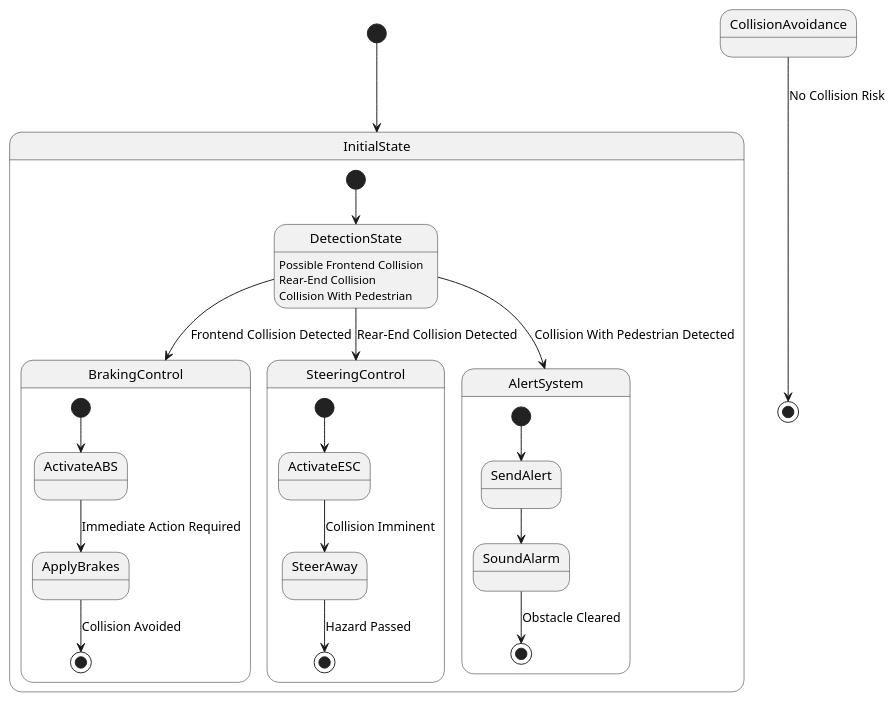
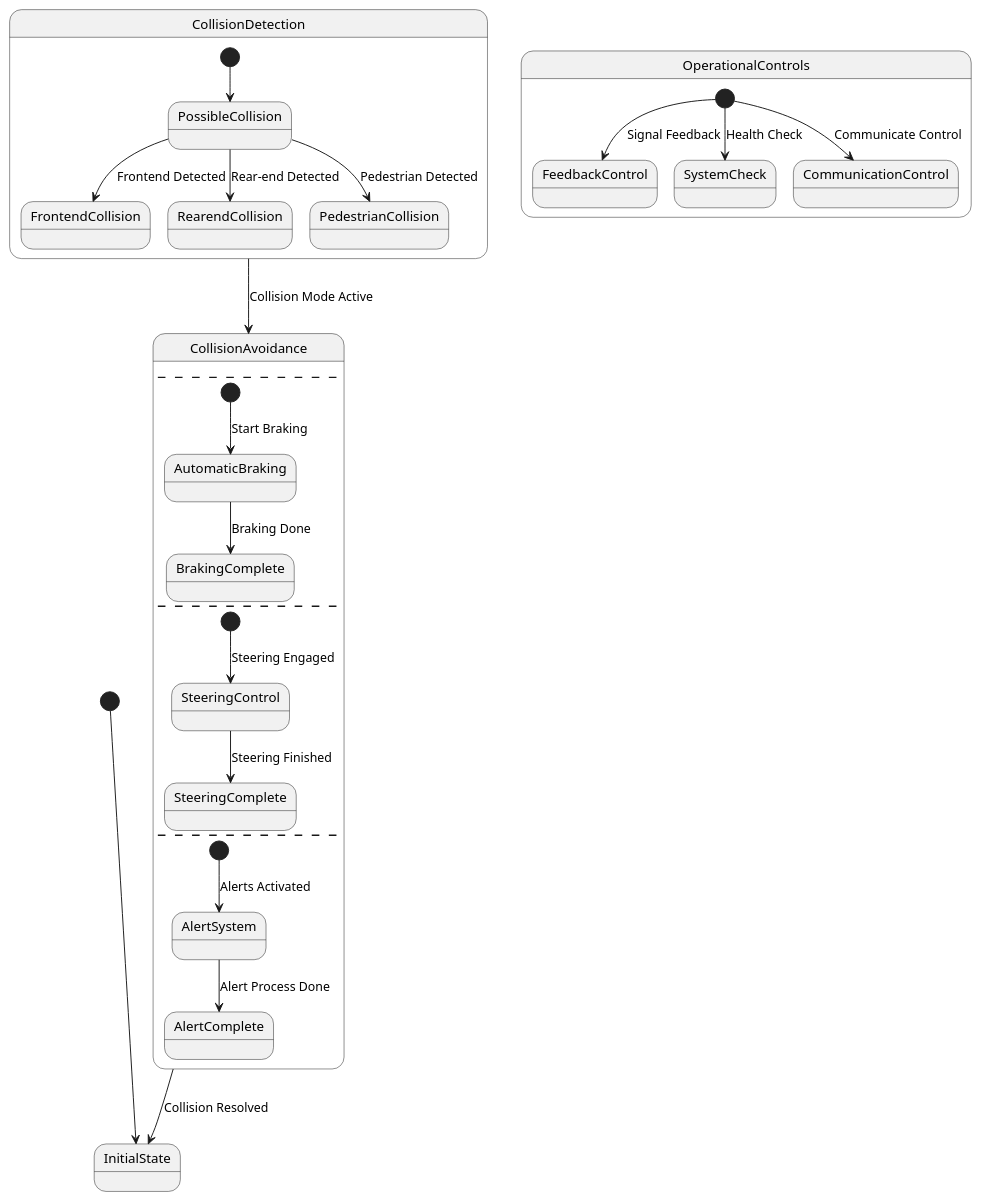
Before and after one commit to HansBug/research_ideas: the diagram in project_1_llm_state_machine_modeling/paper_stm_repair/pipeline/representation/reports/llms_emp_r45_java_60/pairs/0007/README.md, drawn with PlantUML. The commit also changed other lines of this file and 622 other files, not shown here.

First line of the commit message:
fix(paper1): 切换Phase-II最终池并重建PlantUML转换证据

````diff
--- a/project_1_llm_state_machine_modeling/paper_stm_repair/pipeline/representation/reports/llms_emp_r45_java_60/pairs/0007/README.md
+++ b/project_1_llm_state_machine_modeling/paper_stm_repair/pipeline/representation/reports/llms_emp_r45_java_60/pairs/0007/README.md
@@ -27,39 +81,35 @@
 ```plantuml
 @startuml
 [*] --> InitialState
 
-state InitialState {
-    [*] --> DetectionState
-    DetectionState : Possible Frontend Collision
-    DetectionState : Rear-End Collision
-    DetectionState : Collision With Pedestrian
-
-    DetectionState --> BrakingControl : Frontend Collision Detected
-    DetectionState --> SteeringControl : Rear-End Collision Detected
-    DetectionState --> AlertSystem : Collision With Pedestrian Detected
+state CollisionDetection {
+    [*] --> PossibleCollision
+    PossibleCollision --> FrontendCollision : Frontend Detected
+    PossibleCollision --> RearendCollision : Rear-end Detected
+    PossibleCollision --> PedestrianCollision : Pedestrian Detected
 }
 
 state CollisionAvoidance {
-    state BrakingControl {
-        [*] --> ActivateABS
-        ActivateABS --> ApplyBrakes : Immediate Action Required
-        ApplyBrakes --> [*] : Collision Avoided
-    }
+  --
+  [*] --> AutomaticBraking : Start Braking
+  AutomaticBraking --> BrakingComplete : Braking Done
 
-    state SteeringControl {
-        [*] --> ActivateESC
-        ActivateESC --> SteerAway : Collision Imminent
-        SteerAway --> [*] : Hazard Passed
-    }
+  --
+  [*] --> SteeringControl : Steering Engaged
+  SteeringControl --> SteeringComplete : Steering Finished
 
-    state AlertSystem {
-        [*] --> SendAlert
-        SendAlert --> SoundAlarm
-        SoundAlarm --> [*] : Obstacle Cleared
-    }
+  --
+  [*] --> AlertSystem : Alerts Activated
+  AlertSystem --> AlertComplete : Alert Process Done
 }
 
-CollisionAvoidance --> [*] : No Collision Risk
+state OperationalControls {
+    [*] --> FeedbackControl : Signal Feedback
+    [*] --> SystemCheck : Health Check
+    [*] --> CommunicationControl : Communicate Control
+}
 
+CollisionDetection -down-> CollisionAvoidance : Collision Mode Active
+CollisionAvoidance --> InitialState : Collision Resolved
 @enduml
 ```
````
